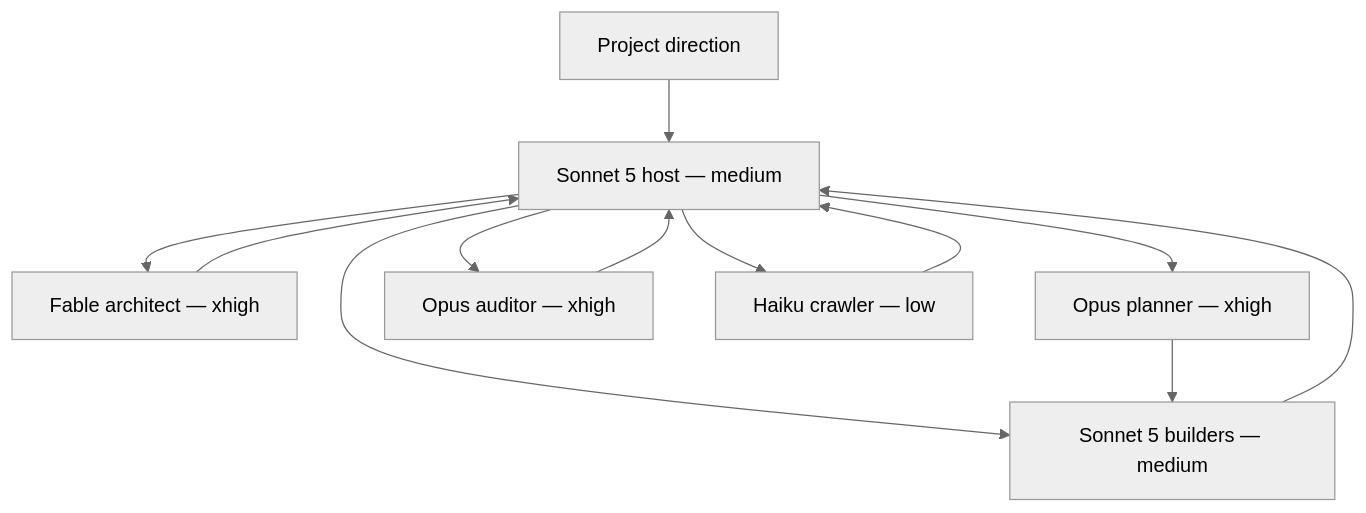
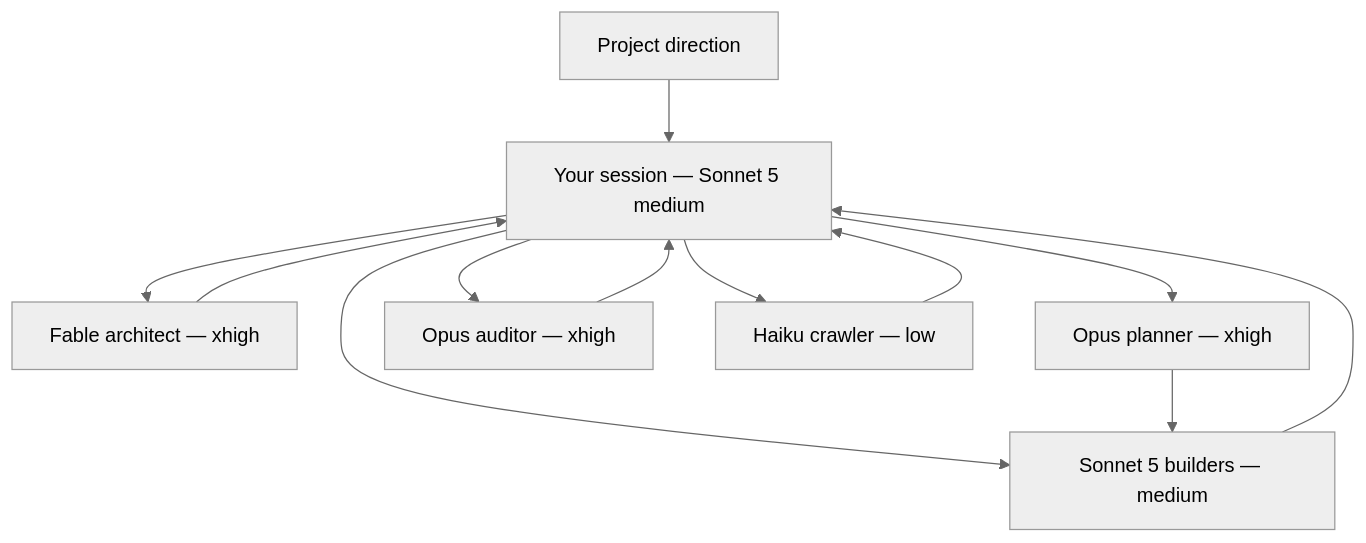
One commit to Sh-ui/underthink changed the diagram in README.md. Above: the diagram before and after it, drawn with Mermaid (neutral theme). The commit also changed other lines of this file and 6 other files, not shown here.

First line of the commit message:
fix: keep host configuration session-local

````diff
--- a/README.md
+++ b/README.md
@@ -40,14 +49,14 @@
 ```mermaid
 flowchart TB
-    User["Project direction"] --> Host["Sonnet 5 host — medium"]
+    User["Project direction"] --> Host["Your session — Sonnet 5 medium"]
     Host --> Architect["Fable architect — xhigh"]
     Host --> Planner["Opus planner — xhigh"]
     Host --> Auditor["Opus auditor — xhigh"]
     Host --> Crawler["Haiku crawler — low"]
     Host --> Builder["Sonnet 5 builders — medium"]
-    Planner --> Builder["Sonnet 5 builders — medium"]
+    Planner --> Builder
     Architect --> Host
     Auditor --> Host
     Crawler --> Host
     Builder --> Host
 ```
````
